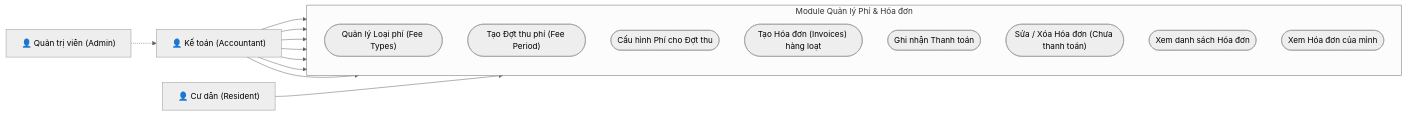
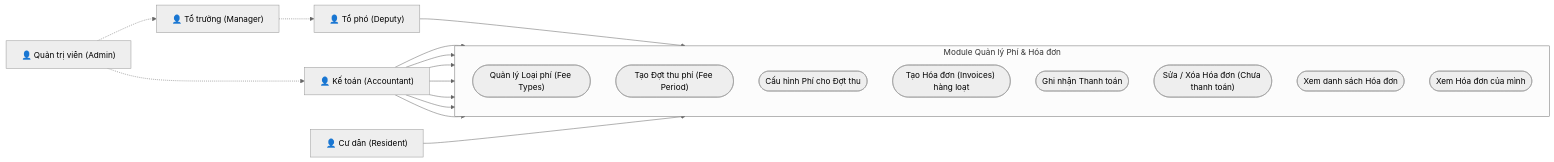
The diagram in specs/usecase_fees_invoices.md (anhtranguyen-github/DarkSun), drawn with Mermaid (neutral theme) before and after one commit. The commit also changed 4 other files, not shown here.

````diff
--- a/specs/usecase_fees_invoices.md
+++ b/specs/usecase_fees_invoices.md
@@ -3,36 +3,43 @@
 ```mermaid
 graph LR
     %% Actors
     Accountant["👤 Kế toán (Accountant)"]
     Admin["👤 Quản trị viên (Admin)"]
+    Manager["👤 Tổ trưởng (Manager)"]
+    Deputy["👤 Tổ phó (Deputy)"]
     Resident["👤 Cư dân (Resident)"]
 
     %% System
     subgraph Module ["Module Quản lý Phí & Hóa đơn"]
         direction TB
         UC_ManageFeeTypes(["Quản lý Loại phí (Fee Types)"])
         UC_CreatePeriod(["Tạo Đợt thu phí (Fee Period)"])
         UC_ConfigFee(["Cấu hình Phí cho Đợt thu"])
         
         UC_GenInvoice(["Tạo Hóa đơn (Invoices) hàng loạt"])
         UC_RecordPayment(["Ghi nhận Thanh toán"])
         UC_EditInvoice(["Sửa / Xóa Hóa đơn (Chưa thanh toán)"])
         
         UC_ViewAllInvoices(["Xem danh sách Hóa đơn"])
         UC_ViewMyInvoice(["Xem Hóa đơn của mình"])
     end
 
     %% Inheritance
     Admin -.-> Accountant
+    Admin -.-> Manager
+    Manager -.-> Deputy
+
+    %% Relationships - Manager/Deputy (View Only)
+    Deputy --> UC_ViewAllInvoices
 
     %% Relationships
     Accountant --> UC_ManageFeeTypes
     Accountant --> UC_CreatePeriod
     Accountant --> UC_ConfigFee
     Accountant --> UC_GenInvoice
     Accountant --> UC_RecordPayment
     Accountant --> UC_EditInvoice
     Accountant --> UC_ViewAllInvoices
 
     Resident --> UC_ViewMyInvoice
 ```
````
